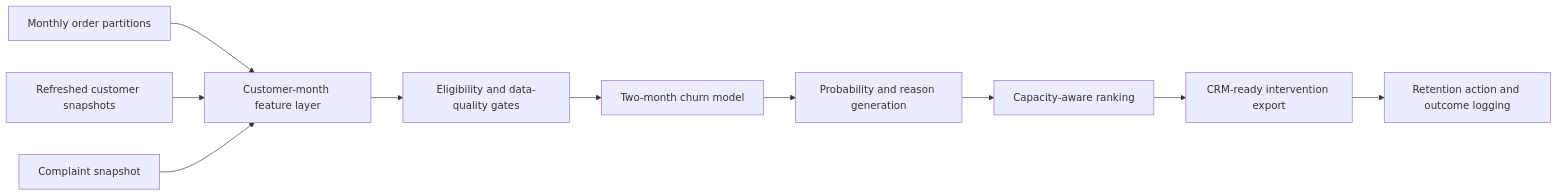
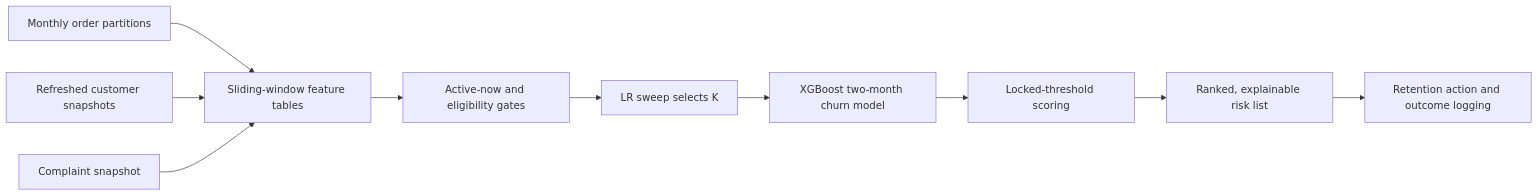
The diagram in README.md (dangssss/Showcase_Vnpost_churn_ver1), drawn with Mermaid before and after one commit. The commit also changed other lines of this file and 4 other files, not shown here.

````diff
--- a/README.md
+++ b/README.md
@@ -26,12 +36,12 @@
 ```mermaid
 flowchart LR
-    A[Monthly order partitions] --> D[Customer-month feature layer]
+    A[Monthly order partitions] --> D[Sliding-window feature tables]
     B[Refreshed customer snapshots] --> D
     C[Complaint snapshot] --> D
-    D --> E[Eligibility and data-quality gates]
-    E --> F[Two-month churn model]
-    F --> G[Probability and reason generation]
-    G --> H[Capacity-aware ranking]
-    H --> I[CRM-ready intervention export]
+    D --> E[Active-now and eligibility gates]
+    E --> F[LR sweep selects K]
+    F --> G[XGBoost two-month churn model]
+    G --> H[Locked-threshold scoring]
+    H --> I[Ranked, explainable risk list]
     I --> J[Retention action and outcome logging]
 ```
````
